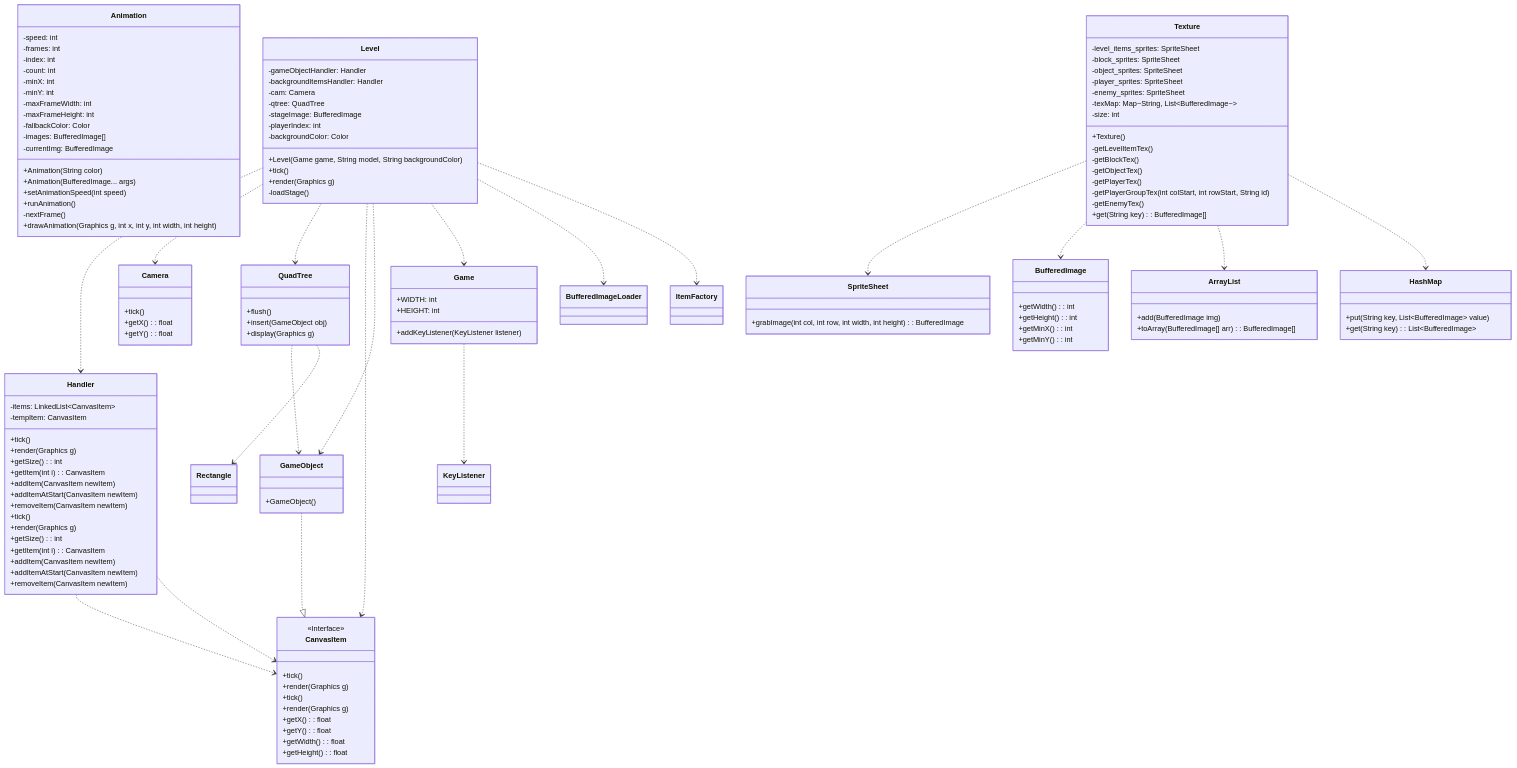
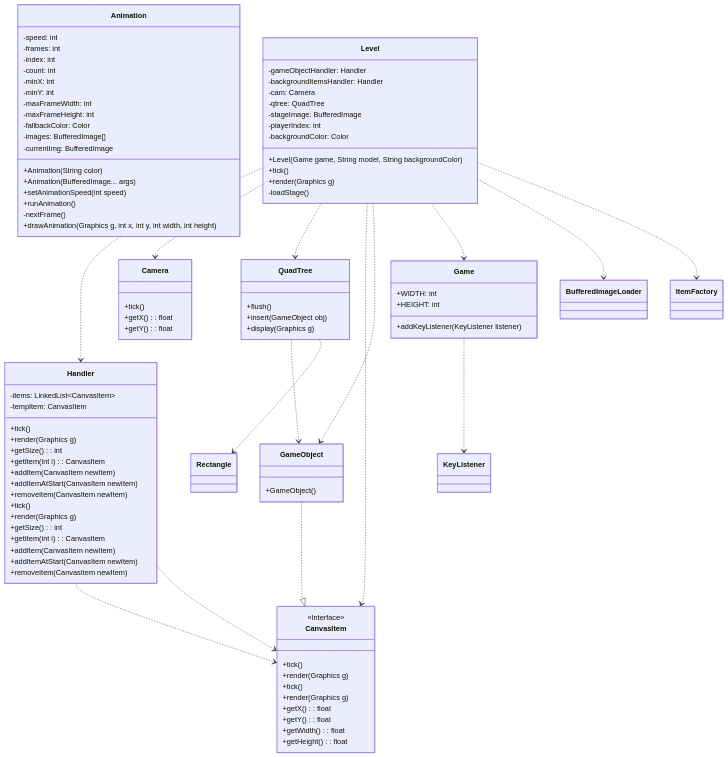
Before and after one commit to Seanachan/NCKU-PD2-Final_Project: the ninth of 12 diagrams in README.MD, drawn with Mermaid.

Commit message:
tweak classDiagram

````diff
--- a/README.MD
+++ b/README.MD
@@ -428,4 +428,5 @@
 ```mermaid
+
 classDiagram
 graph TD
 class Animation {
@@ -540,47 +541,4 @@
 
    Level ..> BufferedImageLoader
    Level ..> ItemFactory
- class Texture {
-       -level_items_sprites: SpriteSheet
-       -block_sprites: SpriteSheet
-       -object_sprites: SpriteSheet
-       -player_sprites: SpriteSheet
-       -enemy_sprites: SpriteSheet
-       -texMap: Map~String, List~BufferedImage~~
-       -size: int
-       +Texture()
-       -getLevelItemTex()
-       -getBlockTex()
-       -getObjectTex()
-       -getPlayerTex()
-       -getPlayerGroupTex(int colStart, int rowStart, String id)
-       -getEnemyTex()
-       +get(String key): BufferedImage[]
-   }
-
-   class SpriteSheet {
-       +grabImage(int col, int row, int width, int height): BufferedImage
-   }
-
-   class BufferedImage {
-       +getWidth(): int
-       +getHeight(): int
-       +getMinX(): int
-       +getMinY(): int
-   }
-
-   class ArrayList {
-       +add(BufferedImage img)
-       +toArray(BufferedImage[] arr): BufferedImage[]
-   }
-
-   class HashMap {
-       +put(String key, List~BufferedImage~ value)
-       +get(String key): List~BufferedImage~
-   }
-
-   Texture ..> SpriteSheet
-   Texture ..> BufferedImage
-   Texture ..> ArrayList
-   Texture ..> HashMap
 ```
````
